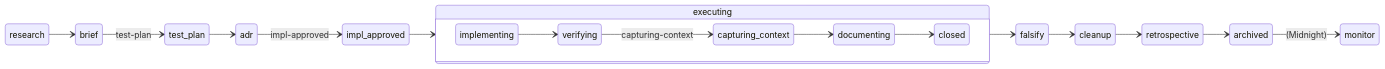
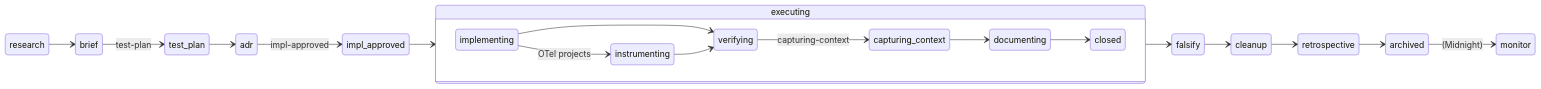
One commit to infinitedusky/indusk changed the second of 2 diagrams in apps/docs/src/guide/plan-lifecycle.md. Above: the diagram before and after it, drawn with Mermaid. The commit also changed 1 other file, not shown here.

Commit message:
docs(audit): the two subpaths the parser page had not listed; the lifecycle diagram shows the OTel activity

````diff
--- a/apps/docs/src/guide/plan-lifecycle.md
+++ b/apps/docs/src/guide/plan-lifecycle.md
@@ -91,21 +91,23 @@
 ```mermaid
 stateDiagram-v2
     direction LR
     research --> brief
     brief --> test_plan: test-plan
     test_plan --> adr
     adr --> impl_approved: impl-approved
     impl_approved --> executing
     executing --> falsify
     falsify --> cleanup
     cleanup --> retrospective
     retrospective --> archived
     archived --> monitor: (Midnight)
     state executing {
         direction LR
         implementing --> verifying
+        implementing --> instrumenting: OTel projects
+        instrumenting --> verifying
         verifying --> capturing_context: capturing-context
         capturing_context --> documenting
         documenting --> closed
     }
 ```
````
